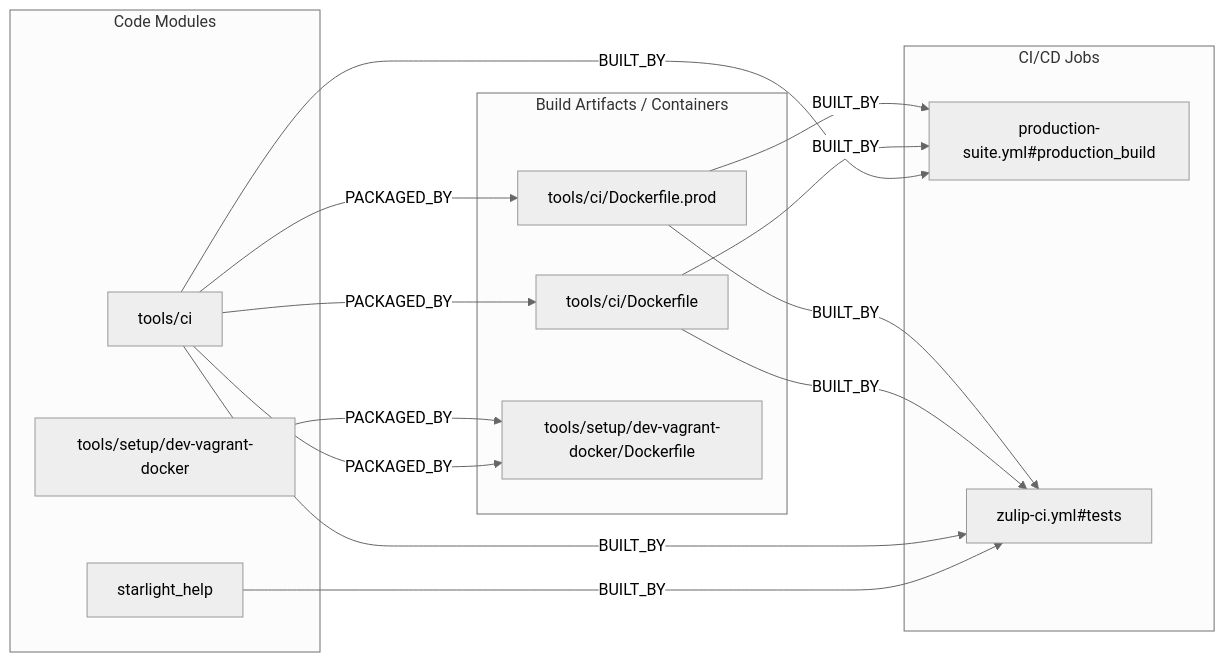
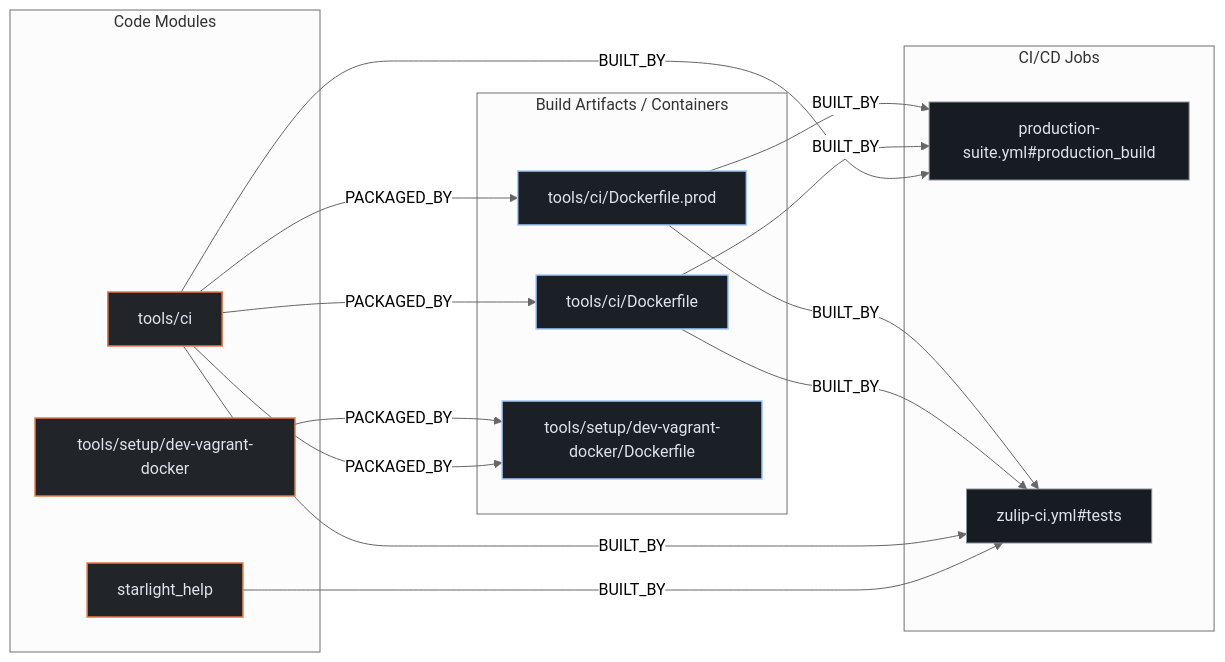
Before and after one commit to kumarshaz/atruss-code-atlas: the second of 3 diagrams in exports/latest/reports/zulip-zulip-report.md, drawn with Mermaid (neutral theme). The commit also changed other lines of this file and 331 other files, not shown here.

Commit message:
docs,ui,fix: update SDLC docs, reorder CI/CD DAG first, stylize Mermaid, and fix Arc42 pipeline topology

````diff
--- a/exports/latest/reports/zulip-zulip-report.md
+++ b/exports/latest/reports/zulip-zulip-report.md
@@ -223,28 +230,32 @@
 ```mermaid
 flowchart LR
+    classDef atlasCategory fill:#212428,stroke:#E87A48,stroke-width:1.5px,color:#dfe3eb
+    classDef atlasWorkflow fill:#1b2026,stroke:#a3c9ff,stroke-width:1.5px,color:#dfe3eb
+    classDef atlasJob fill:#171c22,stroke:#8d9199,stroke-width:1px,color:#dfe3eb
+    classDef atlasTarget fill:#005227,stroke:#8bd99b,stroke-width:1.5px,color:#a7f6b6
     subgraph code_modules["Code Modules"]
-        mod_starlight_help["starlight_help"]
-        mod_tools_ci["tools/ci"]
-        mod_tools_setup_dev_vagrant_docker["tools/setup/dev-vagrant-docker"]
+        mod_starlight_help["starlight_help"]:::atlasCategory
+        mod_tools_ci["tools/ci"]:::atlasCategory
+        mod_tools_setup_dev_vagrant_docker["tools/setup/dev-vagrant-docker"]:::atlasCategory
     end
     subgraph build_artifacts["Build Artifacts / Containers"]
-        art_tools_ci_Dockerfile["tools/ci/Dockerfile"]
-        art_tools_ci_Dockerfile_prod["tools/ci/Dockerfile.prod"]
-        art_tools_setup_dev_vagrant_docker_Dockerfile["tools/setup/dev-vagrant-docker/Dockerfile"]
+        art_tools_ci_Dockerfile["tools/ci/Dockerfile"]:::atlasWorkflow
+        art_tools_ci_Dockerfile_prod["tools/ci/Dockerfile.prod"]:::atlasWorkflow
+        art_tools_setup_dev_vagrant_docker_Dockerfile["tools/setup/dev-vagrant-docker/Dockerfile"]:::atlasWorkflow
     end
     subgraph ci_jobs["CI/CD Jobs"]
-        job_production_suite_yml_production_build["production-suite.yml#production_build"]
-        job_zulip_ci_yml_tests["zulip-ci.yml#tests"]
+        job_production_suite_yml_production_build["production-suite.yml#production_build"]:::atlasJob
+        job_zulip_ci_yml_tests["zulip-ci.yml#tests"]:::atlasJob
     end
     mod_starlight_help -->|BUILT_BY| job_zulip_ci_yml_tests
     mod_tools_ci -->|BUILT_BY| job_production_suite_yml_production_build
     mod_tools_ci -->|BUILT_BY| job_zulip_ci_yml_tests
     mod_tools_ci -->|PACKAGED_BY| art_tools_ci_Dockerfile
     mod_tools_ci -->|PACKAGED_BY| art_tools_ci_Dockerfile_prod
     mod_tools_ci -->|PACKAGED_BY| art_tools_setup_dev_vagrant_docker_Dockerfile
     mod_tools_setup_dev_vagrant_docker -->|PACKAGED_BY| art_tools_setup_dev_vagrant_docker_Dockerfile
     art_tools_ci_Dockerfile -->|BUILT_BY| job_production_suite_yml_production_build
     art_tools_ci_Dockerfile -->|BUILT_BY| job_zulip_ci_yml_tests
     art_tools_ci_Dockerfile_prod -->|BUILT_BY| job_production_suite_yml_production_build
     art_tools_ci_Dockerfile_prod -->|BUILT_BY| job_zulip_ci_yml_tests
 ```
````
